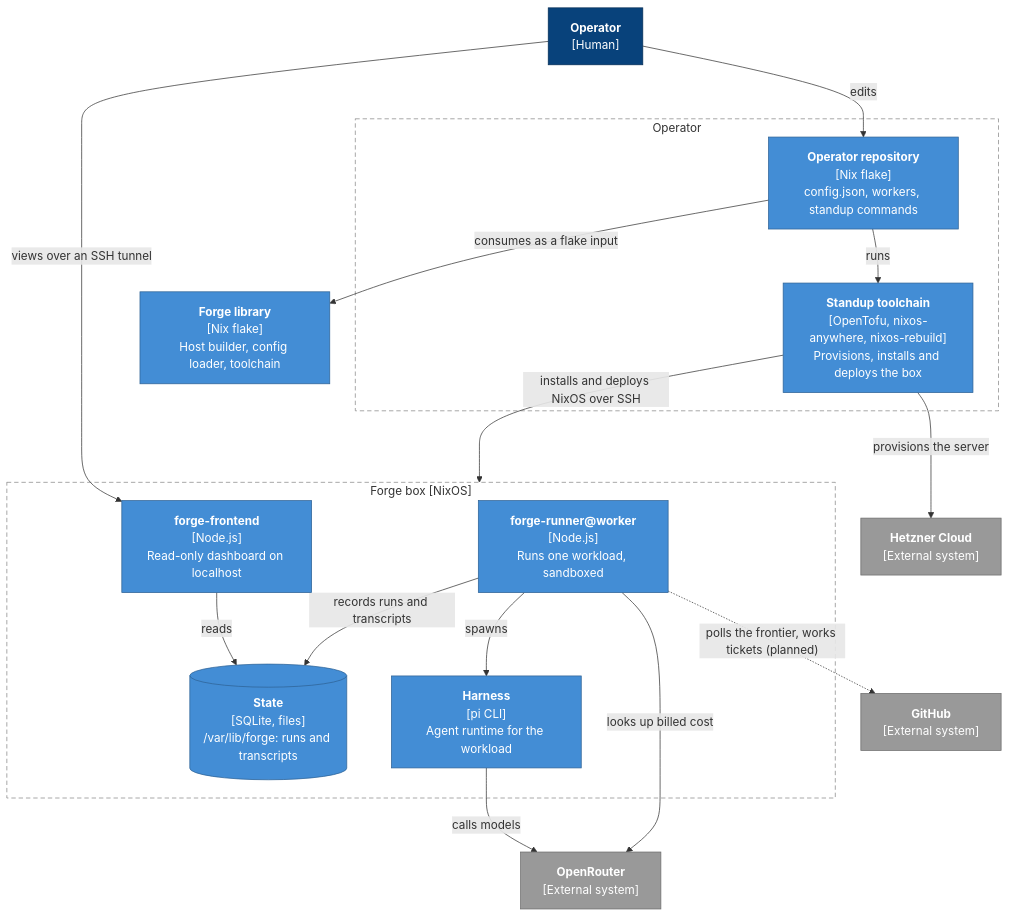
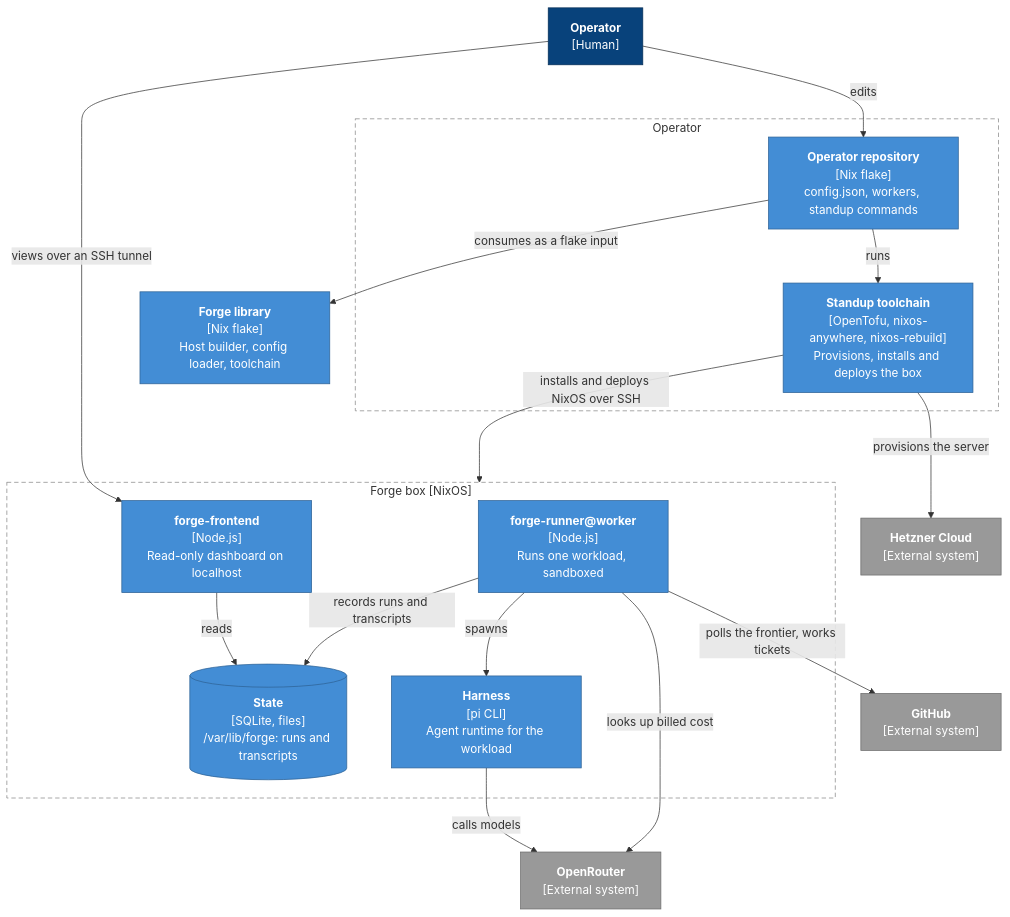
One commit to rameezk/forge changed the second of 3 diagrams in README.md. Above: the diagram before and after it, drawn with Mermaid. The commit also changed other lines of this file, not shown here.

First line of the commit message:
docs: explain the name and draw frontier polling as built

````diff
--- a/README.md
+++ b/README.md
@@ -49,43 +44,43 @@
 ```mermaid
 flowchart TB
     operator["<b>Operator</b><br/>[Human]"]
 
     subgraph workstation["Operator"]
         oprepo["<b>Operator repository</b><br/>[Nix flake]<br/>config.json, workers, standup commands"]
         toolchain["<b>Standup toolchain</b><br/>[OpenTofu, nixos-anywhere, nixos-rebuild]<br/>Provisions, installs and deploys the box"]
     end
 
     subgraph box["Forge box [NixOS]"]
         frontend["<b>forge-frontend</b><br/>[Node.js]<br/>Read-only dashboard on localhost"]
         state[("<b>State</b><br/>[SQLite, files]<br/>/var/lib/forge: runs and transcripts")]
         runner["<b>forge-runner@worker</b><br/>[Node.js]<br/>Runs one workload, sandboxed"]
         harness["<b>Harness</b><br/>[pi CLI]<br/>Agent runtime for the workload"]
     end
 
     library["<b>Forge library</b><br/>[Nix flake]<br/>Host builder, config loader, toolchain"]
     hetzner["<b>Hetzner Cloud</b><br/>[External system]"]
     openrouter["<b>OpenRouter</b><br/>[External system]"]
     github["<b>GitHub</b><br/>[External system]"]
 
     operator -- "edits" --> oprepo
     operator -- "views over an SSH tunnel" --> frontend
     oprepo -- "consumes as a flake input" --> library
     oprepo -- "runs" --> toolchain
     toolchain -- "provisions the server" --> hetzner
     toolchain -- "installs and deploys NixOS over SSH" --> box
     frontend -- "reads" --> state
     runner -- "records runs and transcripts" --> state
     runner -- "spawns" --> harness
     harness -- "calls models" --> openrouter
     runner -- "looks up billed cost" --> openrouter
-    runner -. "polls the frontier, works tickets (planned)" .-> github
+    runner -- "polls the frontier, works tickets" --> github
 
     classDef person fill:#08427b,stroke:#052e56,color:#fff
     classDef container fill:#438dd5,stroke:#2e6295,color:#fff
     classDef external fill:#999999,stroke:#6b6b6b,color:#fff
     classDef boundary fill:none,stroke:#888888,stroke-dasharray:6 4
     class operator person
     class oprepo,toolchain,library,runner,harness,frontend,state container
     class hetzner,openrouter,github external
     class workstation,box boundary
 ```
````
